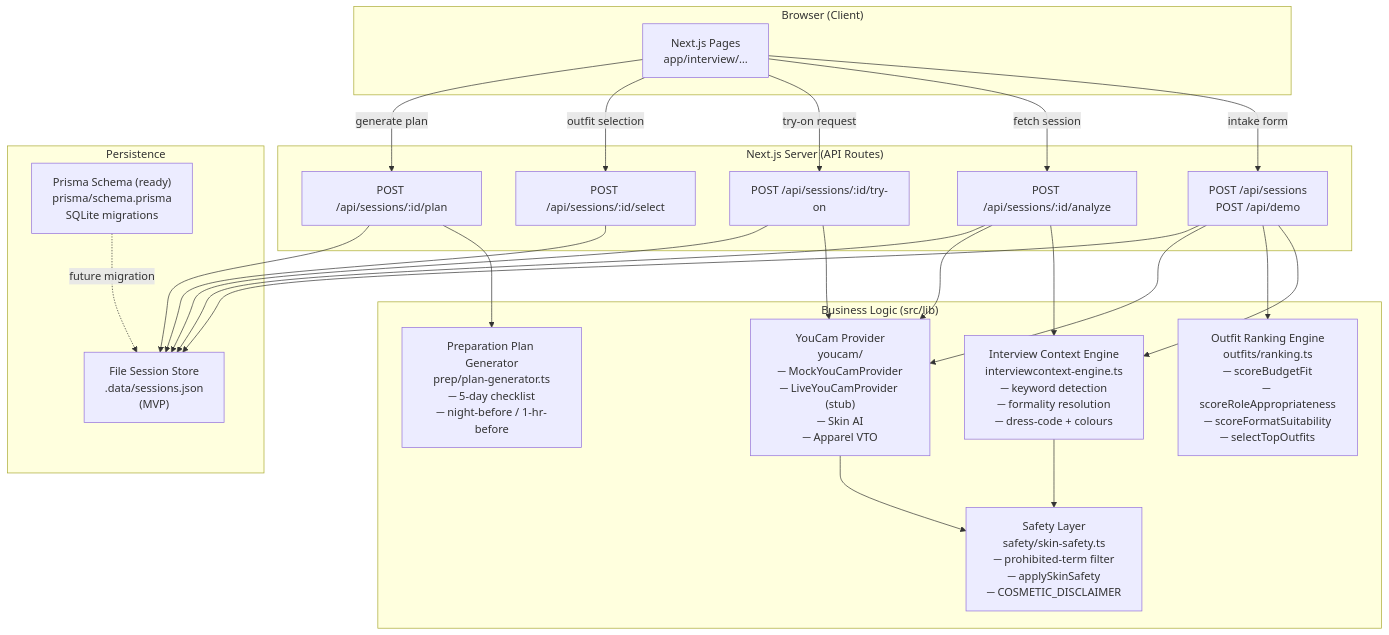
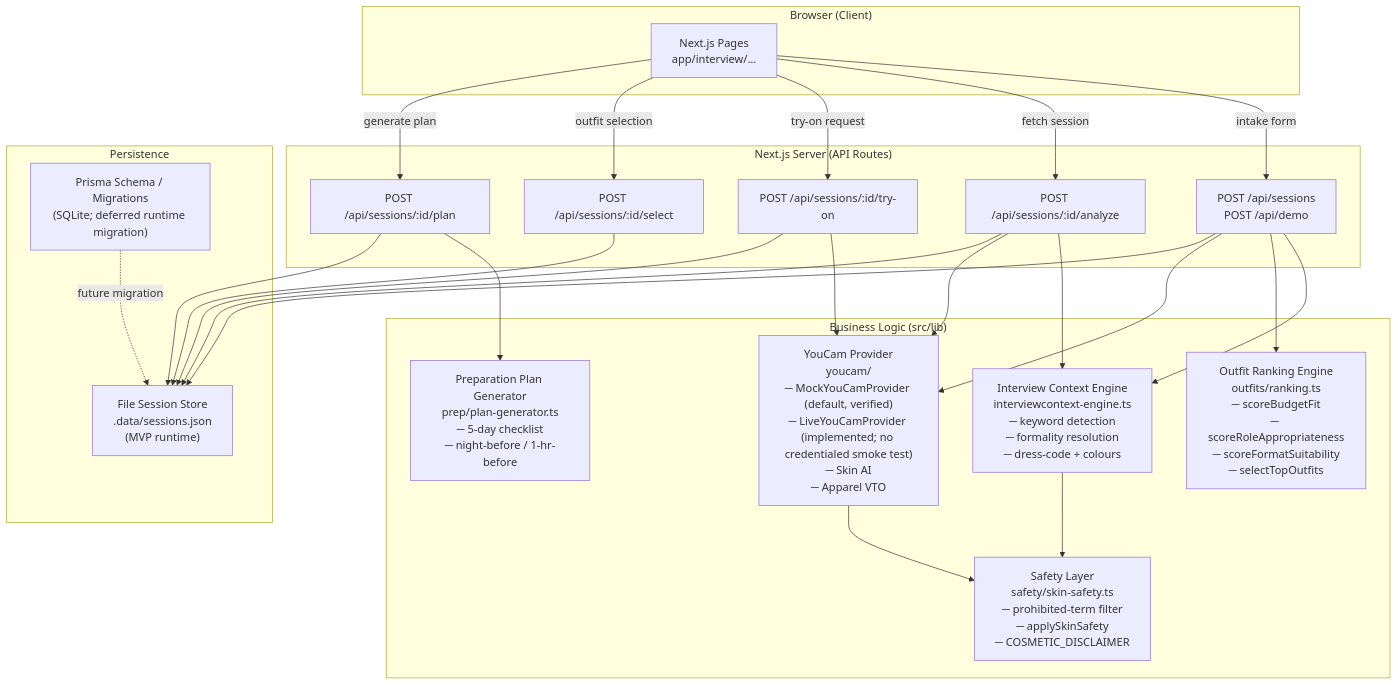
The diagram in docs/architecture.md (thelonewander3r/FitCheckAI), drawn with Mermaid before and after one commit. The commit also changed other lines of this file and 9 other files, not shown here.

````diff
--- a/docs/architecture.md
+++ b/docs/architecture.md
@@ -11,52 +11,52 @@
 ```mermaid
 graph TD
     subgraph Browser["Browser (Client)"]
         UI[Next.js Pages\napp/interview/…]
     end
 
     subgraph Server["Next.js Server (API Routes)"]
         SessionsAPI["POST /api/sessions\nPOST /api/demo"]
         AnalyzeAPI["POST /api/sessions/:id/analyze"]
         TryOnAPI["POST /api/sessions/:id/try-on"]
         SelectAPI["POST /api/sessions/:id/select"]
         PlanAPI["POST /api/sessions/:id/plan"]
     end
 
     subgraph Lib["Business Logic (src/lib)"]
         ContextEngine["Interview Context Engine\ninterviewcontext-engine.ts\n─ keyword detection\n─ formality resolution\n─ dress-code + colours"]
         OutfitRanking["Outfit Ranking Engine\noutfits/ranking.ts\n─ scoreBudgetFit\n─ scoreRoleAppropriateness\n─ scoreFormatSuitability\n─ selectTopOutfits"]
         SafetyLayer["Safety Layer\nsafety/skin-safety.ts\n─ prohibited-term filter\n─ applySkinSafety\n─ COSMETIC_DISCLAIMER"]
-        YouCamProvider["YouCam Provider\nyoucam/\n─ MockYouCamProvider\n─ LiveYouCamProvider (stub)\n─ Skin AI\n─ Apparel VTO"]
+        YouCamProvider["YouCam Provider\nyoucam/\n─ MockYouCamProvider (default, verified)\n─ LiveYouCamProvider (implemented; no credentialed smoke test)\n─ Skin AI\n─ Apparel VTO"]
         PlanGen["Preparation Plan Generator\nprep/plan-generator.ts\n─ 5-day checklist\n─ night-before / 1-hr-before"]
     end
 
     subgraph Persistence["Persistence"]
-        FileStore["File Session Store\n.data/sessions.json\n(MVP)"]
-        PrismaSchema["Prisma Schema (ready)\nprisma/schema.prisma\nSQLite migrations"]
+        FileStore["File Session Store\n.data/sessions.json\n(MVP runtime)"]
+        PrismaSchema["Prisma Schema / Migrations\n(SQLite; deferred runtime migration)"]
     end
 
     UI -->|"intake form"| SessionsAPI
     UI -->|"fetch session"| AnalyzeAPI
     UI -->|"try-on request"| TryOnAPI
     UI -->|"outfit selection"| SelectAPI
     UI -->|"generate plan"| PlanAPI
 
     SessionsAPI --> ContextEngine
     SessionsAPI --> OutfitRanking
     SessionsAPI --> YouCamProvider
     AnalyzeAPI --> ContextEngine
     AnalyzeAPI --> YouCamProvider
     TryOnAPI --> YouCamProvider
     PlanAPI --> PlanGen
 
     ContextEngine --> SafetyLayer
     YouCamProvider --> SafetyLayer
 
     SessionsAPI --> FileStore
     AnalyzeAPI --> FileStore
     TryOnAPI --> FileStore
     SelectAPI --> FileStore
     PlanAPI --> FileStore
 
     PrismaSchema -.->|"future migration"| FileStore
 ```
````
